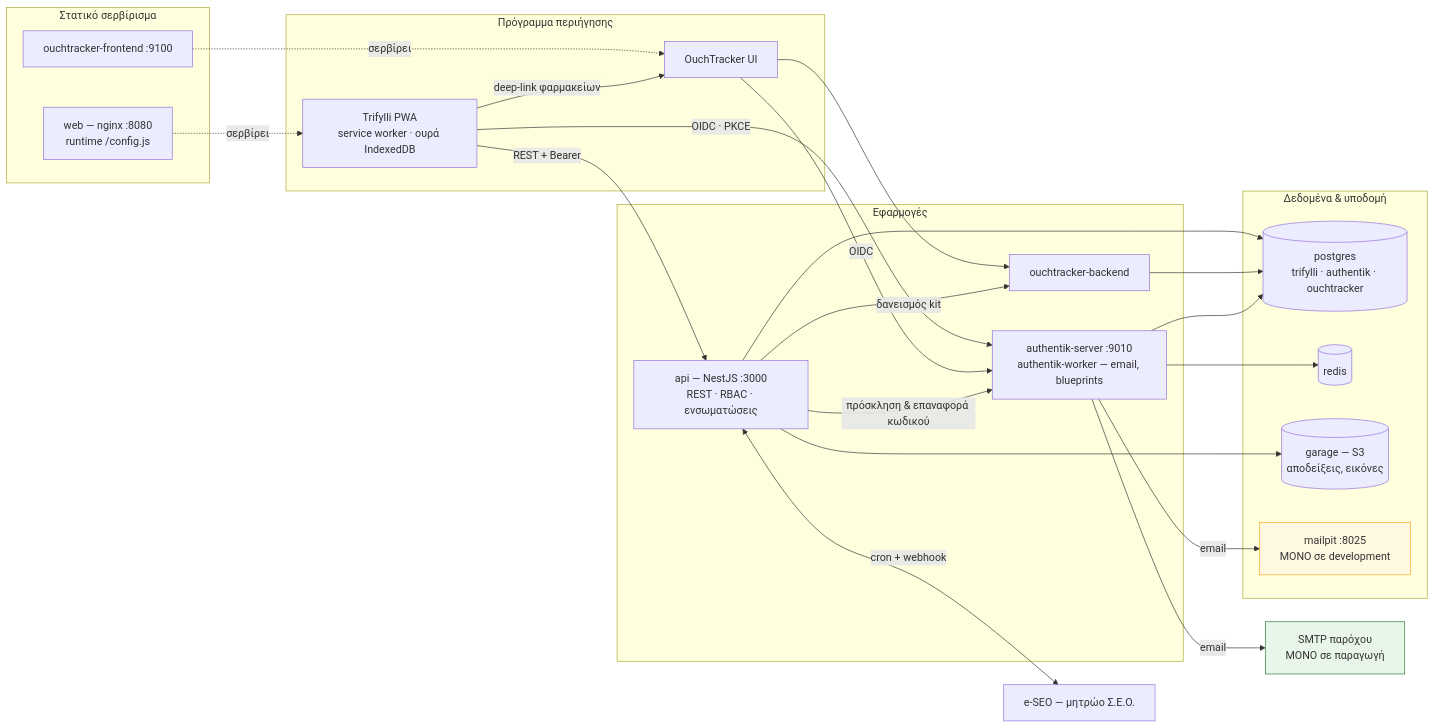
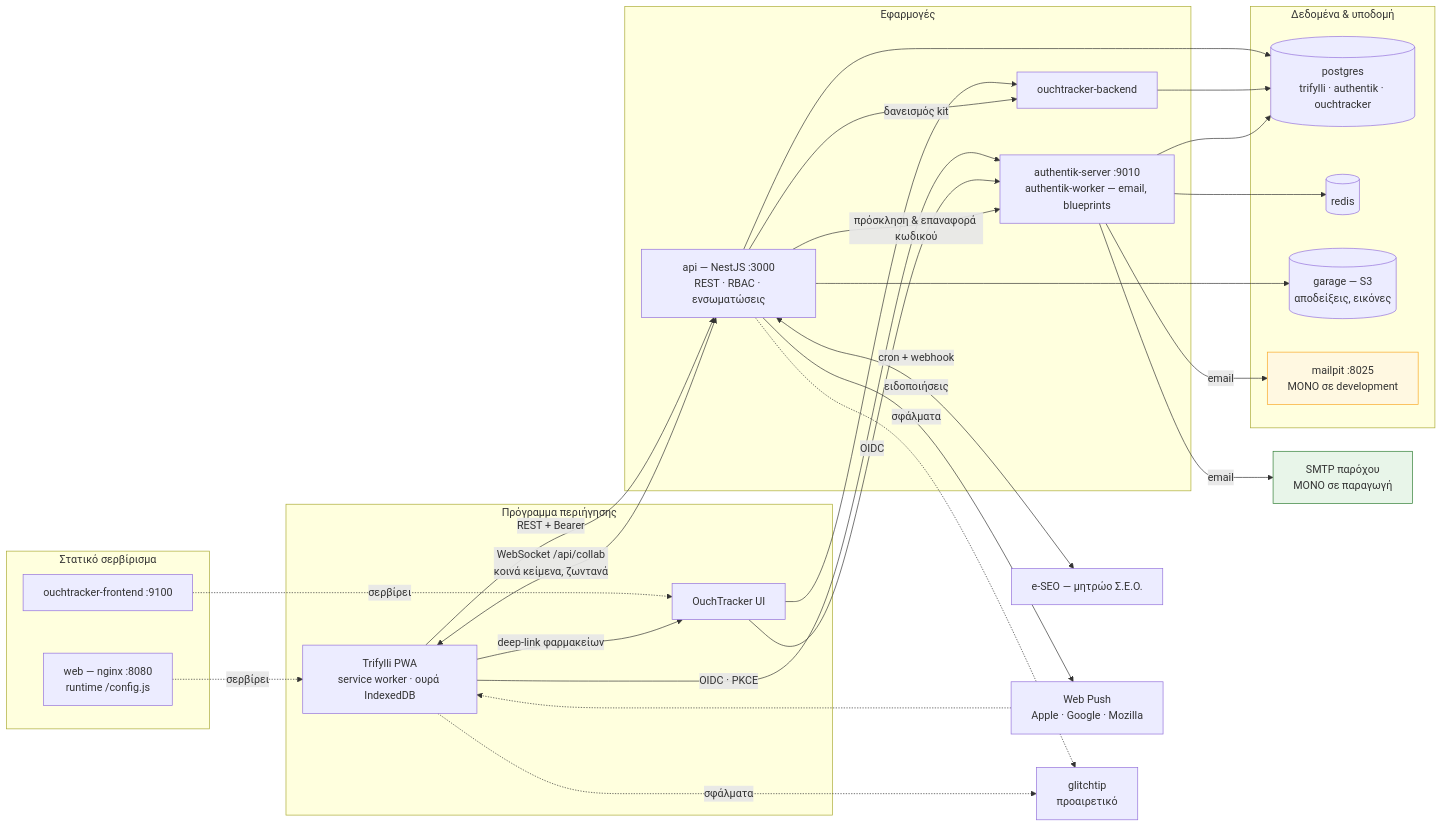
The first of 5 diagrams in README.md (athamour1/Trifylli), drawn with Mermaid before and after one commit. The commit also changed other lines of this file, not shown here.

First line of the commit message:
docs: architecture and layout with collab, push and the config image

````diff
--- a/README.md
+++ b/README.md
@@ -67,54 +67,61 @@
 ```mermaid
 flowchart LR
     subgraph browser["Πρόγραμμα περιήγησης"]
         pwa["Trifylli PWA<br/>service worker · ουρά IndexedDB"]
         otui["OuchTracker UI"]
     end
 
     subgraph edge["Στατικό σερβίρισμα"]
         web["web — nginx :8080<br/>runtime /config.js"]
         otf["ouchtracker-frontend :9100"]
     end
 
     subgraph apps["Εφαρμογές"]
         api["api — NestJS :3000<br/>REST · RBAC · ενσωματώσεις"]
         otb["ouchtracker-backend"]
         ak["authentik-server :9010<br/>authentik-worker — email, blueprints"]
     end
 
     subgraph data["Δεδομένα & υποδομή"]
         pg[("postgres<br/>trifylli · authentik · ouchtracker")]
         rd[("redis")]
         s3[("garage — S3<br/>αποδείξεις, εικόνες")]
         mp["mailpit :8025<br/>ΜΟΝΟ σε development"]
     end
 
     eseo["e-SEO — μητρώο Σ.Ε.Ο."]
     smtp["SMTP παρόχου<br/>ΜΟΝΟ σε παραγωγή"]
+    push["Web Push<br/>Apple · Google · Mozilla"]
+    gt["glitchtip<br/>προαιρετικό"]
 
     web -. "σερβίρει" .-> pwa
     otf -. "σερβίρει" .-> otui
 
     pwa -->|"REST + Bearer"| api
+    pwa <-->|"WebSocket /api/collab<br/>κοινά κείμενα, ζωντανά"| api
     pwa -->|"OIDC · PKCE"| ak
     pwa -->|"deep-link φαρμακείων"| otui
     otui -->|"OIDC"| ak
     otui --> otb
 
     api --> pg
     api --> s3
     api -->|"πρόσκληση & επαναφορά κωδικού"| ak
     api -->|"δανεισμός kit"| otb
     api <-->|"cron + webhook"| eseo
+    api -->|"ειδοποιήσεις"| push
+    push -.-> pwa
+    api -.->|"σφάλματα"| gt
+    pwa -.->|"σφάλματα"| gt
 
     otb --> pg
     ak --> pg
     ak --> rd
     ak -->|"email"| mp
     ak -->|"email"| smtp
 
     classDef dev fill:#fff8e1,stroke:#f9a825;
     classDef prod fill:#e8f5e9,stroke:#2e7d32;
     class mp dev
     class smtp prod
 ```
````
